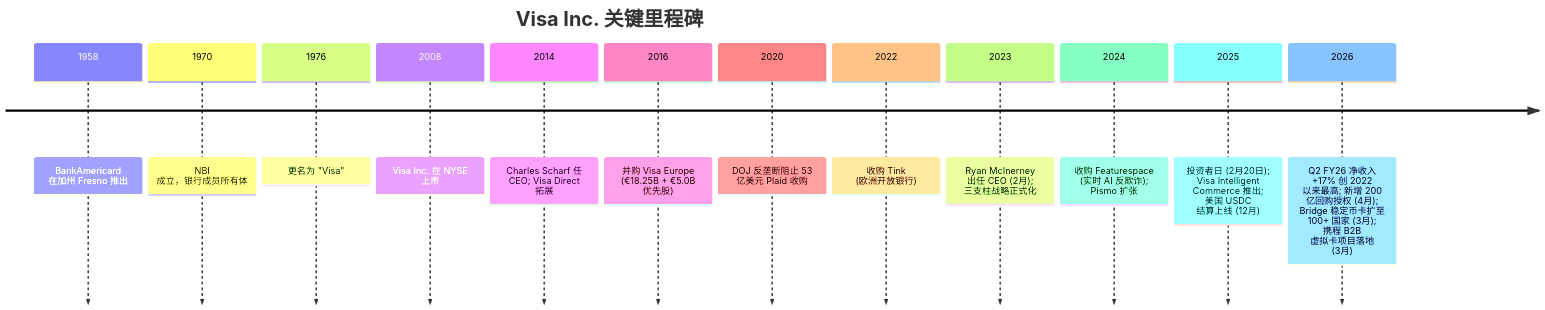
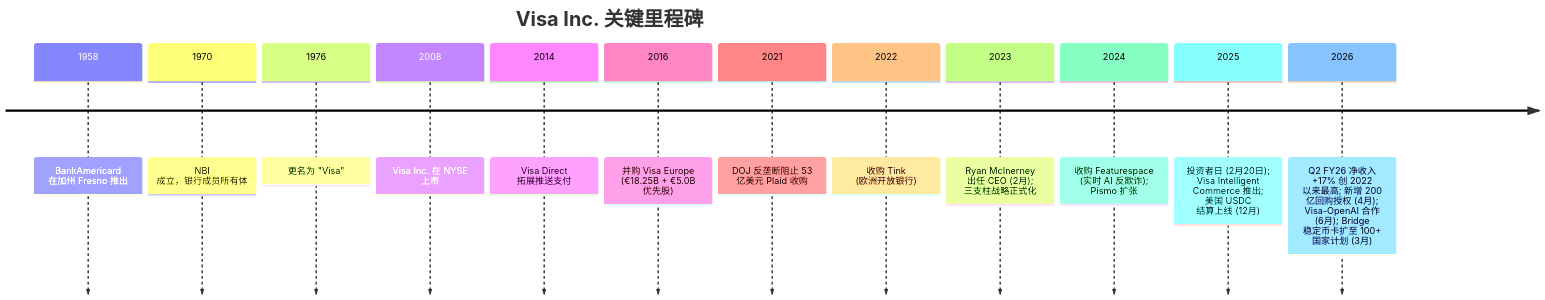
Before and after one commit to dadachundan/financial_agent: the first of 3 diagrams in reports/company/Visa_NYSE_V/Visa_NYSE_V_Research_Document_zh.md, drawn with Mermaid. The commit also changed other lines of this file and 10 other files, not shown here.

First line of the commit message:
feat(company-research): refresh Visa (V) to current spec — decision layer + GF Score + 10 SVG charts + Visa-OpenAI catalyst

````diff
--- a/reports/company/Visa_NYSE_V/Visa_NYSE_V_Research_Document_zh.md
+++ b/reports/company/Visa_NYSE_V/Visa_NYSE_V_Research_Document_zh.md
@@ -41,16 +440,16 @@
 ```mermaid
 timeline
     title Visa Inc. 关键里程碑
     1958 : BankAmericard 在加州 Fresno 推出
     1970 : NBI 成立，银行成员所有体
     1976 : 更名为 "Visa"
     2008 : Visa Inc. 在 NYSE 上市
-    2014 : Charles Scharf 任 CEO; Visa Direct 拓展
+    2014 : Visa Direct 拓展推送支付
     2016 : 并购 Visa Europe (€18.25B + €5.0B 优先股)
-    2020 : DOJ 反垄断阻止 53 亿美元 Plaid 收购
+    2021 : DOJ 反垄断阻止 53 亿美元 Plaid 收购
     2022 : 收购 Tink (欧洲开放银行)
     2023 : Ryan McInerney 出任 CEO (2月); 三支柱战略正式化
     2024 : 收购 Featurespace (实时 AI 反欺诈); Pismo 扩张
     2025 : 投资者日 (2月20日); Visa Intelligent Commerce 推出; 美国 USDC 结算上线 (12月)
-    2026 : Q2 FY26 净收入 +17% 创 2022 以来最高; 新增 200 亿回购授权 (4月); Bridge 稳定币卡扩至 100+ 国家 (3月); 携程 B2B 虚拟卡项目落地 (3月)
+    2026 : Q2 FY26 净收入 +17% 创 2022 以来最高; 新增 200 亿回购授权 (4月); Visa-OpenAI 合作 (6月); Bridge 稳定币卡扩至 100+ 国家计划 (3月)
 ```
````
